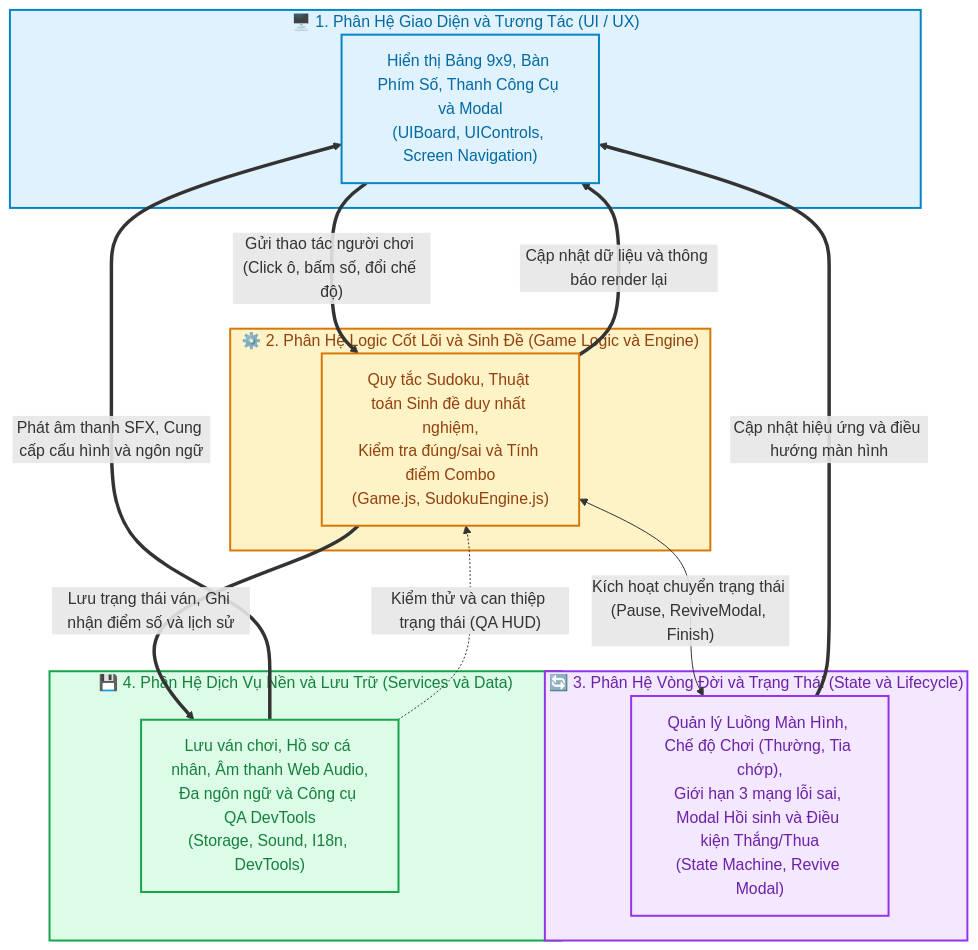
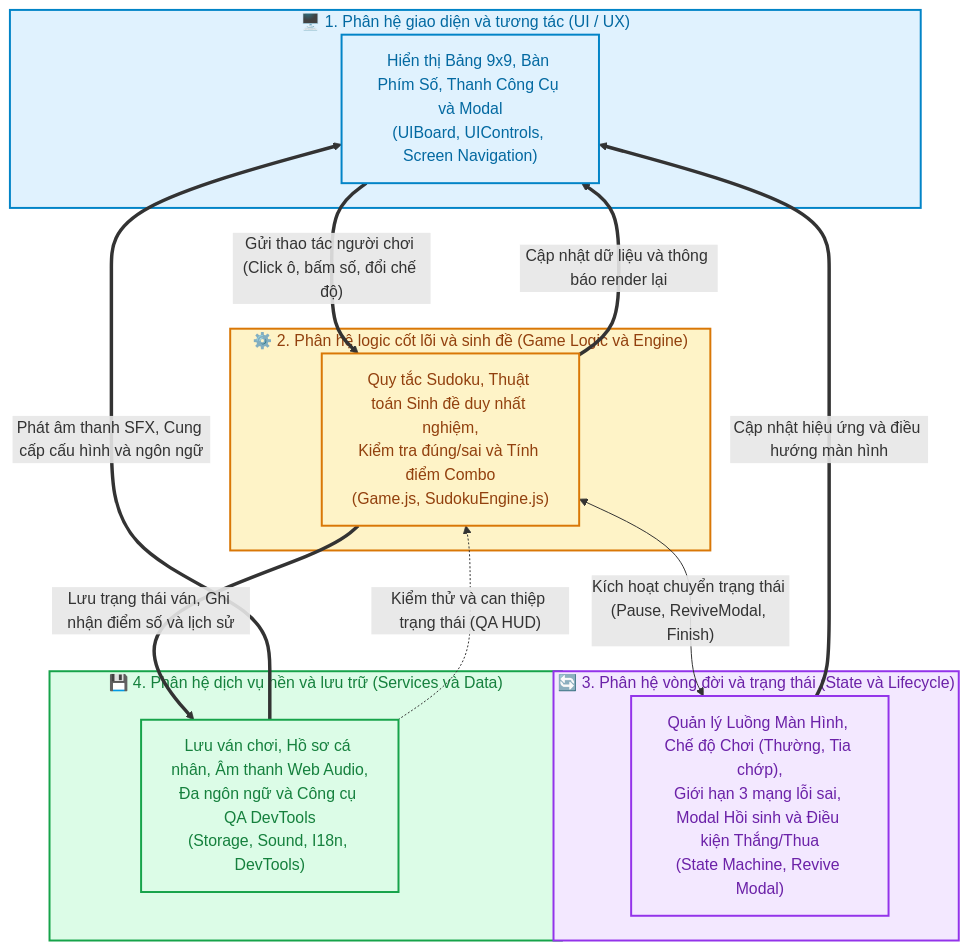
One commit to Jhanh/Sudoku_game changed the diagram in docs/README.md. Above: the diagram before and after it, drawn with Mermaid. The commit also changed other lines of this file and 6 other files, not shown here.

````diff
--- a/docs/README.md
+++ b/docs/README.md
@@ -13,39 +13,39 @@
 ```mermaid
 flowchart TB
     %% Định nghĩa màu sắc phân hệ
     classDef domainUI fill:#E0F2FE,stroke:#0284C7,stroke-width:2px,color:#0369A1;
     classDef domainLogic fill:#FEF3C7,stroke:#D97706,stroke-width:2px,color:#92400E;
     classDef domainState fill:#F3E8FF,stroke:#9333EA,stroke-width:2px,color:#6B21A8;
     classDef domainService fill:#DCFCE7,stroke:#16A34A,stroke-width:2px,color:#15803D;
 
-    subgraph SUB_UI ["🖥️ 1. Phân Hệ Giao Diện và Tương Tác (UI / UX)"]
+    subgraph SUB_UI ["🖥️ 1. Phân hệ giao diện và tương tác (UI / UX)"]
         UI_BOX["Hiển thị Bảng 9x9, Bàn Phím Số, Thanh Công Cụ và Modal<br/>(UIBoard, UIControls, Screen Navigation)"]
     end
     class SUB_UI,UI_BOX domainUI;
 
-    subgraph SUB_LOGIC ["⚙️ 2. Phân Hệ Logic Cốt Lõi và Sinh Đề (Game Logic và Engine)"]
+    subgraph SUB_LOGIC ["⚙️ 2. Phân hệ logic cốt lõi và sinh đề (Game Logic và Engine)"]
         LOGIC_BOX["Quy tắc Sudoku, Thuật toán Sinh đề duy nhất nghiệm,<br/>Kiểm tra đúng/sai và Tính điểm Combo<br/>(Game.js, SudokuEngine.js)"]
     end
     class SUB_LOGIC,LOGIC_BOX domainLogic;
 
-    subgraph SUB_STATE ["🔄 3. Phân Hệ Vòng Đời và Trạng Thái (State và Lifecycle)"]
+    subgraph SUB_STATE ["🔄 3. Phân hệ vòng đời và trạng thái (State và Lifecycle)"]
         STATE_BOX["Quản lý Luồng Màn Hình, Chế độ Chơi (Thường, Tia chớp),<br/>Giới hạn 3 mạng lỗi sai, Modal Hồi sinh và Điều kiện Thắng/Thua<br/>(State Machine, Revive Modal)"]
     end
     class SUB_STATE,STATE_BOX domainState;
 
-    subgraph SUB_SERV ["💾 4. Phân Hệ Dịch Vụ Nền và Lưu Trữ (Services và Data)"]
+    subgraph SUB_SERV ["💾 4. Phân hệ dịch vụ nền và lưu trữ (Services và Data)"]
         SERV_BOX["Lưu ván chơi, Hồ sơ cá nhân, Âm thanh Web Audio,<br/>Đa ngôn ngữ và Công cụ QA DevTools<br/>(Storage, Sound, I18n, DevTools)"]
     end
     class SUB_SERV,SERV_BOX domainService;
 
     %% Luồng liên kết giữa các phân hệ
     UI_BOX ==>|"Gửi thao tác người chơi (Click ô, bấm số, đổi chế độ)"| LOGIC_BOX
     LOGIC_BOX ==>|"Cập nhật dữ liệu và thông báo render lại"| UI_BOX
 
     LOGIC_BOX <-->|"Kích hoạt chuyển trạng thái (Pause, ReviveModal, Finish)"| STATE_BOX
     STATE_BOX ==>|"Cập nhật hiệu ứng và điều hướng màn hình"| UI_BOX
 
     LOGIC_BOX ==>|"Lưu trạng thái ván, Ghi nhận điểm số và lịch sử"| SERV_BOX
     SERV_BOX ==>|"Phát âm thanh SFX, Cung cấp cấu hình và ngôn ngữ"| UI_BOX
     SERV_BOX -. "Kiểm thử và can thiệp trạng thái (QA HUD)" .-> LOGIC_BOX
 ```
````
